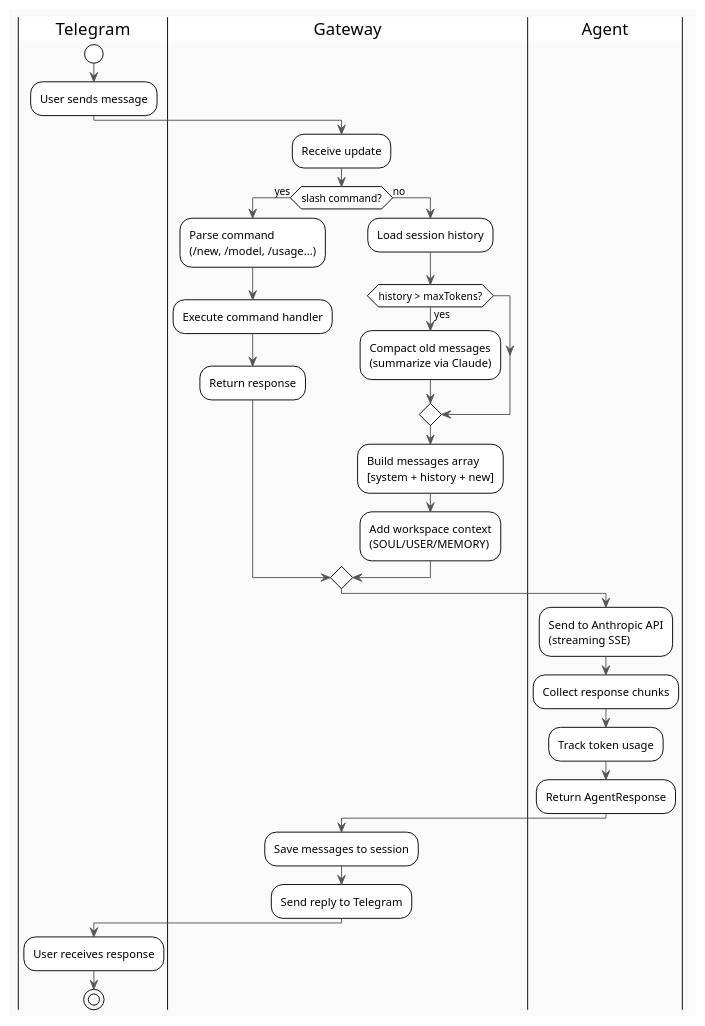
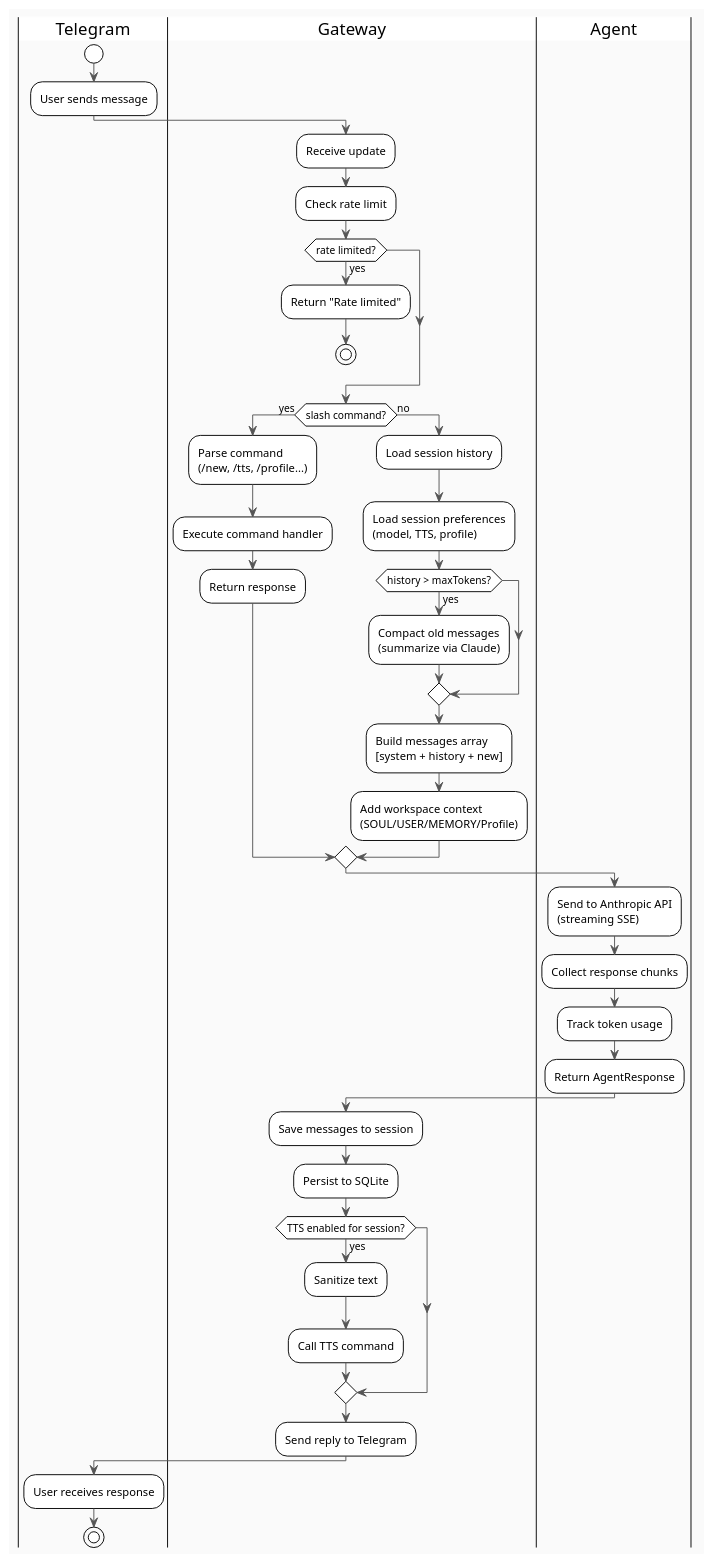
Before and after one commit to FeelPulse/feelpulse: diagram 12 of 13 in docs/architecture.md, drawn with PlantUML. The commit also changed other lines of this file and 3 other files, not shown here.

First line of the commit message:
docs: comprehensive README, TODO, and architecture updates

````diff
--- a/docs/architecture.md
+++ b/docs/architecture.md
@@ -312,40 +528,54 @@
 ```plantuml
 @startuml dataflow
 !theme plain
 skinparam backgroundColor #FAFAFA
 skinparam ArrowColor #555
 
 |Telegram|
 start
 :User sends message;
 
 |Gateway|
 :Receive update;
+:Check rate limit;
+if (rate limited?) then (yes)
+  :Return "Rate limited";
+  stop
+endif
+
 if (slash command?) then (yes)
-  :Parse command\n(/new, /model, /usage...);
+  :Parse command\n(/new, /tts, /profile...);
   :Execute command handler;
   :Return response;
 else (no)
   :Load session history;
+  :Load session preferences\n(model, TTS, profile);
   if (history > maxTokens?) then (yes)
     :Compact old messages\n(summarize via Claude);
   endif
   :Build messages array\n[system + history + new];
-  :Add workspace context\n(SOUL/USER/MEMORY);
+  :Add workspace context\n(SOUL/USER/MEMORY/Profile);
 endif
 
 |Agent|
 :Send to Anthropic API\n(streaming SSE);
 :Collect response chunks;
 :Track token usage;
 :Return AgentResponse;
 
 |Gateway|
 :Save messages to session;
+:Persist to SQLite;
+
+if (TTS enabled for session?) then (yes)
+  :Sanitize text;
+  :Call TTS command;
+endif
+
 :Send reply to Telegram;
 
 |Telegram|
 :User receives response;
 stop
 @enduml
 ```
````
